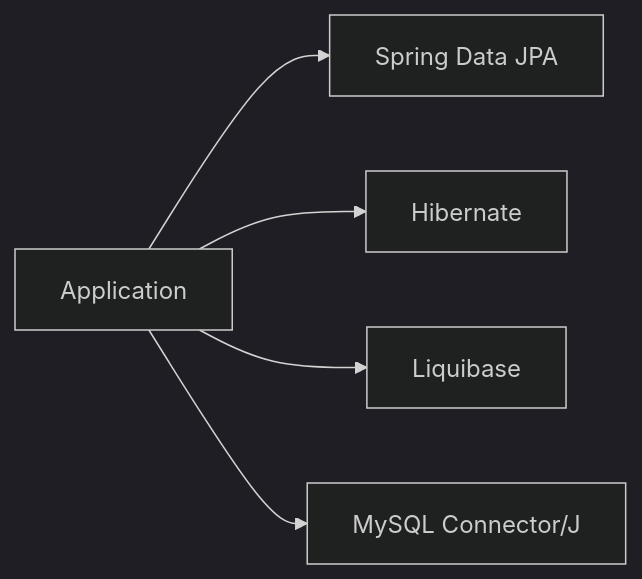
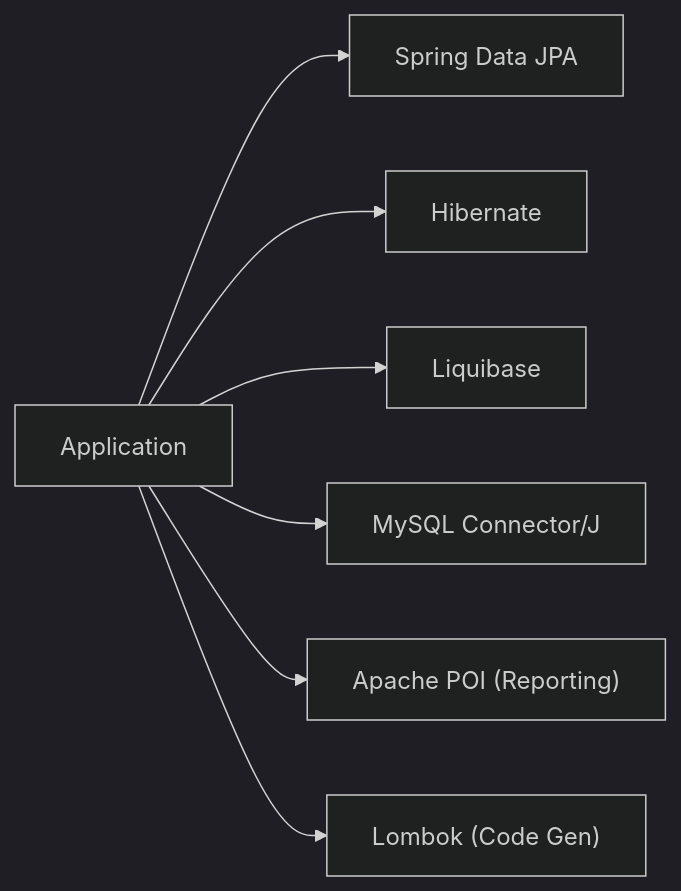
The tenth of 10 diagrams in .qoder/repowiki/en/content/Data Management & Persistence.md (Vissel/badminton-court-management), drawn with Mermaid (dark theme) before and after one commit. The commit also changed other lines of this file and 36 other files, not shown here.

````diff
--- a/.qoder/repowiki/en/content/Data Management & Persistence.md
+++ b/.qoder/repowiki/en/content/Data Management & Persistence.md
@@ -415,7 +605,9 @@
 ```mermaid
 graph LR
 App["Application"] --> SDJ["Spring Data JPA"]
 App --> HIB["Hibernate"]
 App --> LB["Liquibase"]
 App --> MYSQL["MySQL Connector/J"]
+App --> POI["Apache POI (Reporting)"]
+App --> LOMBOK["Lombok (Code Gen)"]
 ```
````
